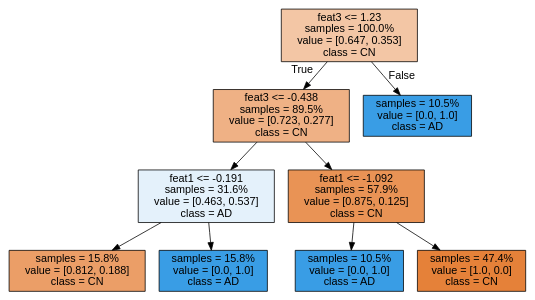
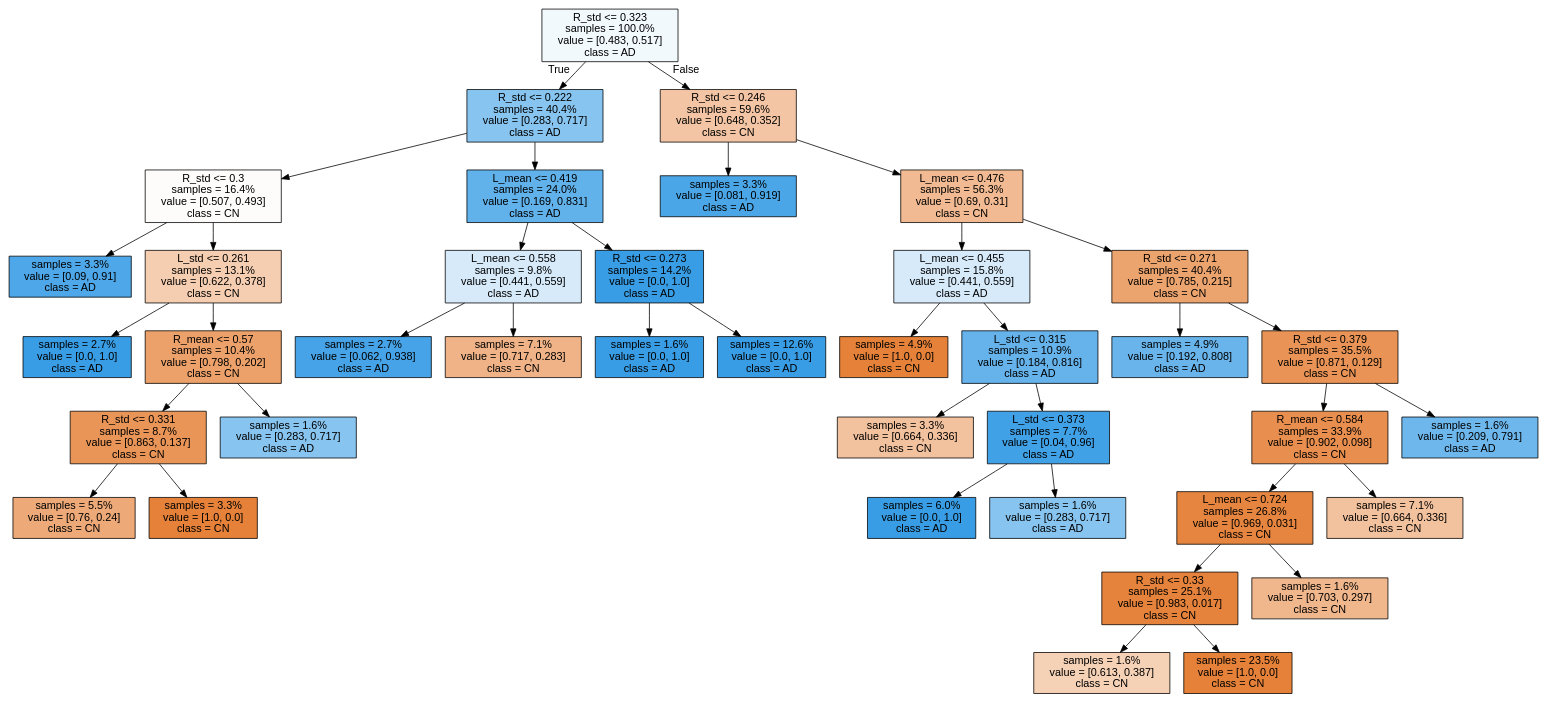
One commit to DariaUngolo/CMEPDA-EXAM changed the diagram in Source.gv. Above: the diagram before and after it, drawn with Graphviz. The commit also changed 19 other files, not shown here.

```diff
--- a/Source.gv
+++ b/Source.gv
@@ -1,21 +1,81 @@
 digraph Tree {
 node [shape=box, style="filled", color="black", fontname="helvetica"] ;
 edge [fontname="helvetica"] ;
-0 [label="feat3 <= 1.23\nsamples = 100.0%\nvalue = [0.647, 0.353]\nclass = CN", fillcolor="#f3c6a5"] ;
-1 [label="feat3 <= -0.438\nsamples = 89.5%\nvalue = [0.723, 0.277]\nclass = CN", fillcolor="#efb185"] ;
+0 [label="R_std <= 0.323\nsamples = 100.0%\nvalue = [0.483, 0.517]\nclass = AD", fillcolor="#f2f9fd"] ;
+1 [label="R_std <= 0.222\nsamples = 40.4%\nvalue = [0.283, 0.717]\nclass = AD", fillcolor="#87c4ef"] ;
 0 -> 1 [labeldistance=2.5, labelangle=45, headlabel="True"] ;
-2 [label="feat1 <= -0.191\nsamples = 31.6%\nvalue = [0.463, 0.537]\nclass = AD", fillcolor="#e4f1fb"] ;
+2 [label="R_std <= 0.3\nsamples = 16.4%\nvalue = [0.507, 0.493]\nclass = CN", fillcolor="#fefcfa"] ;
 1 -> 2 ;
-3 [label="samples = 15.8%\nvalue = [0.812, 0.188]\nclass = CN", fillcolor="#eb9e67"] ;
+3 [label="samples = 3.3%\nvalue = [0.09, 0.91]\nclass = AD", fillcolor="#4da7e8"] ;
 2 -> 3 ;
-4 [label="samples = 15.8%\nvalue = [0.0, 1.0]\nclass = AD", fillcolor="#399de5"] ;
+4 [label="L_std <= 0.261\nsamples = 13.1%\nvalue = [0.622, 0.378]\nclass = CN", fillcolor="#f5ceb1"] ;
 2 -> 4 ;
-5 [label="feat1 <= -1.092\nsamples = 57.9%\nvalue = [0.875, 0.125]\nclass = CN", fillcolor="#e99355"] ;
-1 -> 5 ;
-6 [label="samples = 10.5%\nvalue = [0.0, 1.0]\nclass = AD", fillcolor="#399de5"] ;
-5 -> 6 ;
-7 [label="samples = 47.4%\nvalue = [1.0, 0.0]\nclass = CN", fillcolor="#e58139"] ;
-5 -> 7 ;
-8 [label="samples = 10.5%\nvalue = [0.0, 1.0]\nclass = AD", fillcolor="#399de5"] ;
-0 -> 8 [labeldistance=2.5, labelangle=-45, headlabel="False"] ;
+5 [label="samples = 2.7%\nvalue = [0.0, 1.0]\nclass = AD", fillcolor="#399de5"] ;
+4 -> 5 ;
+6 [label="R_mean <= 0.57\nsamples = 10.4%\nvalue = [0.798, 0.202]\nclass = CN", fillcolor="#eca16b"] ;
+4 -> 6 ;
+7 [label="R_std <= 0.331\nsamples = 8.7%\nvalue = [0.863, 0.137]\nclass = CN", fillcolor="#e99558"] ;
+6 -> 7 ;
+8 [label="samples = 5.5%\nvalue = [0.76, 0.24]\nclass = CN", fillcolor="#eda978"] ;
+7 -> 8 ;
+9 [label="samples = 3.3%\nvalue = [1.0, 0.0]\nclass = CN", fillcolor="#e58139"] ;
+7 -> 9 ;
+10 [label="samples = 1.6%\nvalue = [0.283, 0.717]\nclass = AD", fillcolor="#87c4ef"] ;
+6 -> 10 ;
+11 [label="L_mean <= 0.419\nsamples = 24.0%\nvalue = [0.169, 0.831]\nclass = AD", fillcolor="#61b1ea"] ;
+1 -> 11 ;
+12 [label="L_mean <= 0.558\nsamples = 9.8%\nvalue = [0.441, 0.559]\nclass = AD", fillcolor="#d6eafa"] ;
+11 -> 12 ;
+13 [label="samples = 2.7%\nvalue = [0.062, 0.938]\nclass = AD", fillcolor="#46a3e7"] ;
+12 -> 13 ;
+14 [label="samples = 7.1%\nvalue = [0.717, 0.283]\nclass = CN", fillcolor="#efb387"] ;
+12 -> 14 ;
+15 [label="R_std <= 0.273\nsamples = 14.2%\nvalue = [0.0, 1.0]\nclass = AD", fillcolor="#399de5"] ;
+11 -> 15 ;
+16 [label="samples = 1.6%\nvalue = [0.0, 1.0]\nclass = AD", fillcolor="#399de5"] ;
+15 -> 16 ;
+17 [label="samples = 12.6%\nvalue = [0.0, 1.0]\nclass = AD", fillcolor="#399de5"] ;
+15 -> 17 ;
+18 [label="R_std <= 0.246\nsamples = 59.6%\nvalue = [0.648, 0.352]\nclass = CN", fillcolor="#f3c5a4"] ;
+0 -> 18 [labeldistance=2.5, labelangle=-45, headlabel="False"] ;
+19 [label="samples = 3.3%\nvalue = [0.081, 0.919]\nclass = AD", fillcolor="#4aa6e7"] ;
+18 -> 19 ;
+20 [label="L_mean <= 0.476\nsamples = 56.3%\nvalue = [0.69, 0.31]\nclass = CN", fillcolor="#f1ba92"] ;
+18 -> 20 ;
+21 [label="L_mean <= 0.455\nsamples = 15.8%\nvalue = [0.441, 0.559]\nclass = AD", fillcolor="#d6eafa"] ;
+20 -> 21 ;
+22 [label="samples = 4.9%\nvalue = [1.0, 0.0]\nclass = CN", fillcolor="#e58139"] ;
+21 -> 22 ;
+23 [label="L_std <= 0.315\nsamples = 10.9%\nvalue = [0.184, 0.816]\nclass = AD", fillcolor="#66b3eb"] ;
+21 -> 23 ;
+24 [label="samples = 3.3%\nvalue = [0.664, 0.336]\nclass = CN", fillcolor="#f2c19d"] ;
+23 -> 24 ;
+25 [label="L_std <= 0.373\nsamples = 7.7%\nvalue = [0.04, 0.96]\nclass = AD", fillcolor="#41a1e6"] ;
+23 -> 25 ;
+26 [label="samples = 6.0%\nvalue = [0.0, 1.0]\nclass = AD", fillcolor="#399de5"] ;
+25 -> 26 ;
+27 [label="samples = 1.6%\nvalue = [0.283, 0.717]\nclass = AD", fillcolor="#87c4ef"] ;
+25 -> 27 ;
+28 [label="R_std <= 0.271\nsamples = 40.4%\nvalue = [0.785, 0.215]\nclass = CN", fillcolor="#eca46f"] ;
+20 -> 28 ;
+29 [label="samples = 4.9%\nvalue = [0.192, 0.808]\nclass = AD", fillcolor="#68b4eb"] ;
+28 -> 29 ;
+30 [label="R_std <= 0.379\nsamples = 35.5%\nvalue = [0.871, 0.129]\nclass = CN", fillcolor="#e99456"] ;
+28 -> 30 ;
+31 [label="R_mean <= 0.584\nsamples = 33.9%\nvalue = [0.902, 0.098]\nclass = CN", fillcolor="#e88f4f"] ;
+30 -> 31 ;
+32 [label="L_mean <= 0.724\nsamples = 26.8%\nvalue = [0.969, 0.031]\nclass = CN", fillcolor="#e6853f"] ;
+31 -> 32 ;
+33 [label="R_std <= 0.33\nsamples = 25.1%\nvalue = [0.983, 0.017]\nclass = CN", fillcolor="#e5833c"] ;
+32 -> 33 ;
+34 [label="samples = 1.6%\nvalue = [0.613, 0.387]\nclass = CN", fillcolor="#f5d1b6"] ;
+33 -> 34 ;
+35 [label="samples = 23.5%\nvalue = [1.0, 0.0]\nclass = CN", fillcolor="#e58139"] ;
+33 -> 35 ;
+36 [label="samples = 1.6%\nvalue = [0.703, 0.297]\nclass = CN", fillcolor="#f0b68c"] ;
+32 -> 36 ;
+37 [label="samples = 7.1%\nvalue = [0.664, 0.336]\nclass = CN", fillcolor="#f2c19d"] ;
+31 -> 37 ;
+38 [label="samples = 1.6%\nvalue = [0.209, 0.791]\nclass = AD", fillcolor="#6db7ec"] ;
+30 -> 38 ;
 }
```
